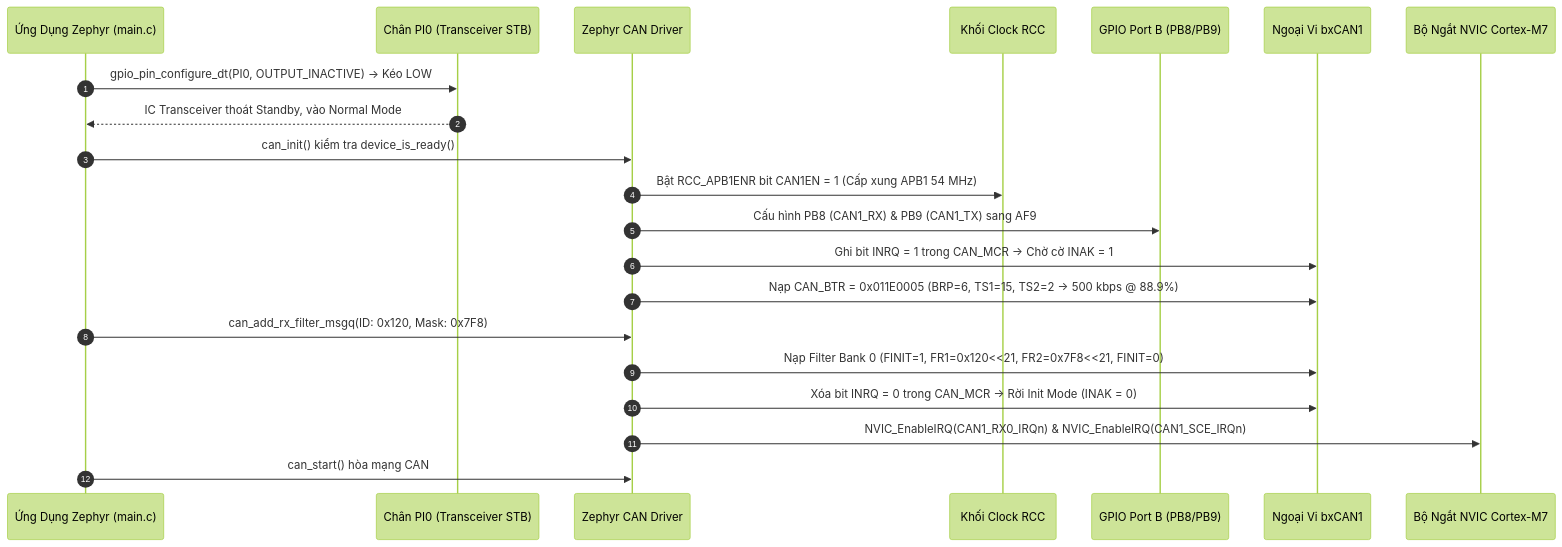
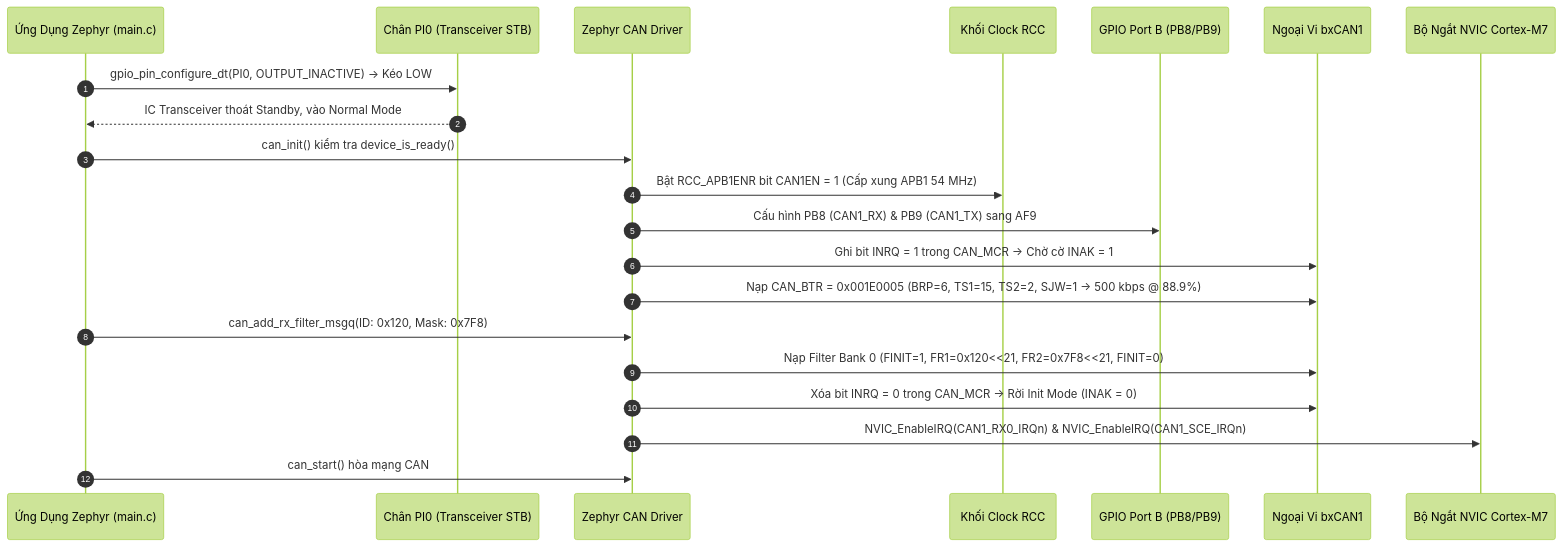
The third of 6 diagrams in project1_can_gateway_interview.md (HuynhTran112/source), drawn with Mermaid (forest theme) before and after one commit. The commit also changed other lines of this file, not shown here.

````diff
--- a/project1_can_gateway_interview.md
+++ b/project1_can_gateway_interview.md
@@ -630,24 +638,24 @@
 ```mermaid
 sequenceDiagram
     autonumber
     participant App as Ứng Dụng Zephyr (main.c)
     participant STB as Chân PI0 (Transceiver STB)
     participant Z_CAN as Zephyr CAN Driver
     participant RCC as Khối Clock RCC
     participant GPIO as GPIO Port B (PB8/PB9)
     participant bxCAN as Ngoại Vi bxCAN1
     participant NVIC as Bộ Ngắt NVIC Cortex-M7
 
     App->>STB: gpio_pin_configure_dt(PI0, OUTPUT_INACTIVE) -> Kéo LOW
     STB-->>App: IC Transceiver thoát Standby, vào Normal Mode
     App->>Z_CAN: can_init() kiểm tra device_is_ready()
     Z_CAN->>RCC: Bật RCC_APB1ENR bit CAN1EN = 1 (Cấp xung APB1 54 MHz)
     Z_CAN->>GPIO: Cấu hình PB8 (CAN1_RX) & PB9 (CAN1_TX) sang AF9
     Z_CAN->>bxCAN: Ghi bit INRQ = 1 trong CAN_MCR -> Chờ cờ INAK = 1
-    Z_CAN->>bxCAN: Nạp CAN_BTR = 0x011E0005 (BRP=6, TS1=15, TS2=2 -> 500 kbps @ 88.9%)
+    Z_CAN->>bxCAN: Nạp CAN_BTR = 0x001E0005 (BRP=6, TS1=15, TS2=2, SJW=1 -> 500 kbps @ 88.9%)
     App->>Z_CAN: can_add_rx_filter_msgq(ID: 0x120, Mask: 0x7F8)
     Z_CAN->>bxCAN: Nạp Filter Bank 0 (FINIT=1, FR1=0x120<<21, FR2=0x7F8<<21, FINIT=0)
     Z_CAN->>bxCAN: Xóa bit INRQ = 0 trong CAN_MCR -> Rời Init Mode (INAK = 0)
     Z_CAN->>NVIC: NVIC_EnableIRQ(CAN1_RX0_IRQn) & NVIC_EnableIRQ(CAN1_SCE_IRQn)
     App->>Z_CAN: can_start() hòa mạng CAN
 ```
````
